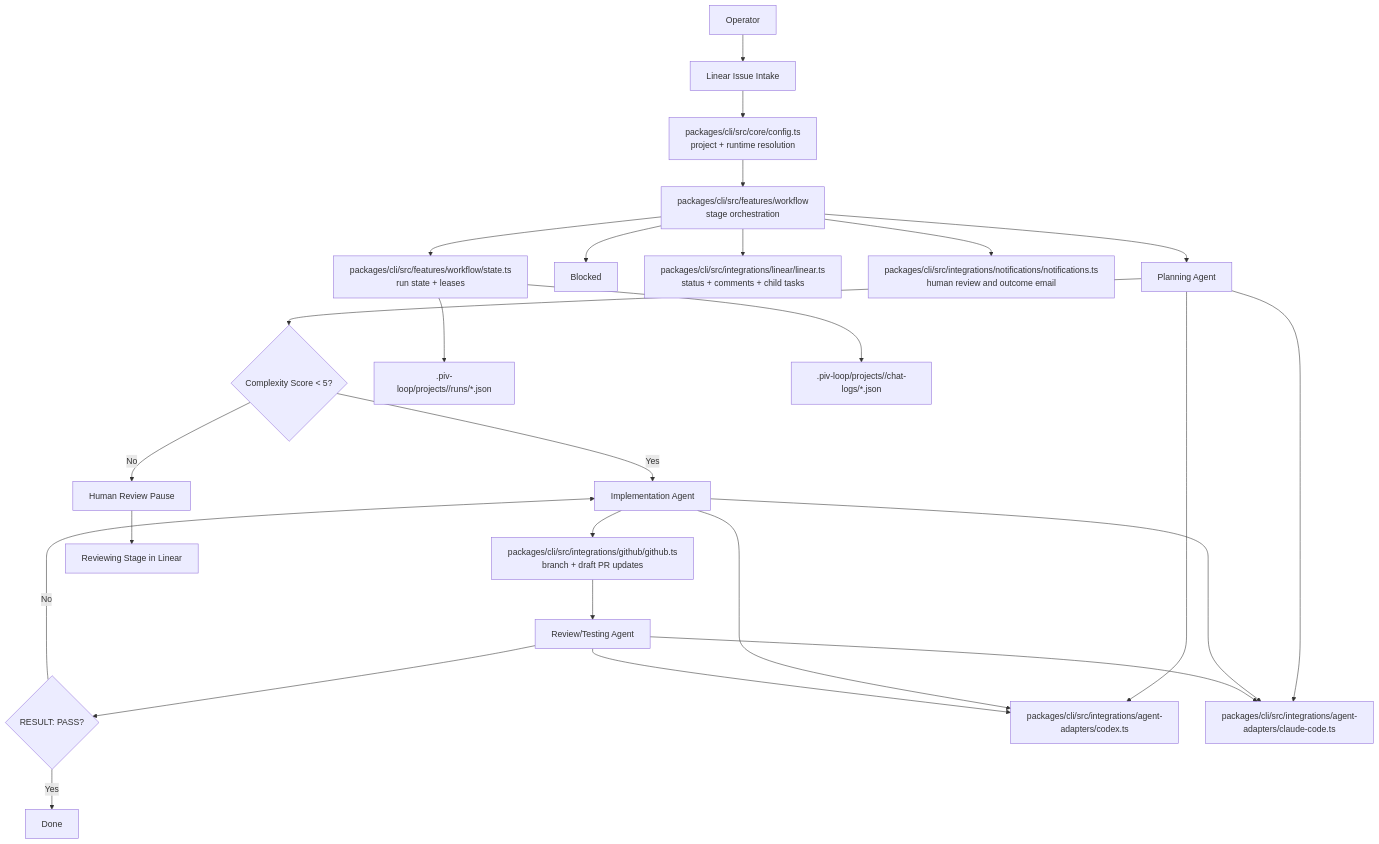
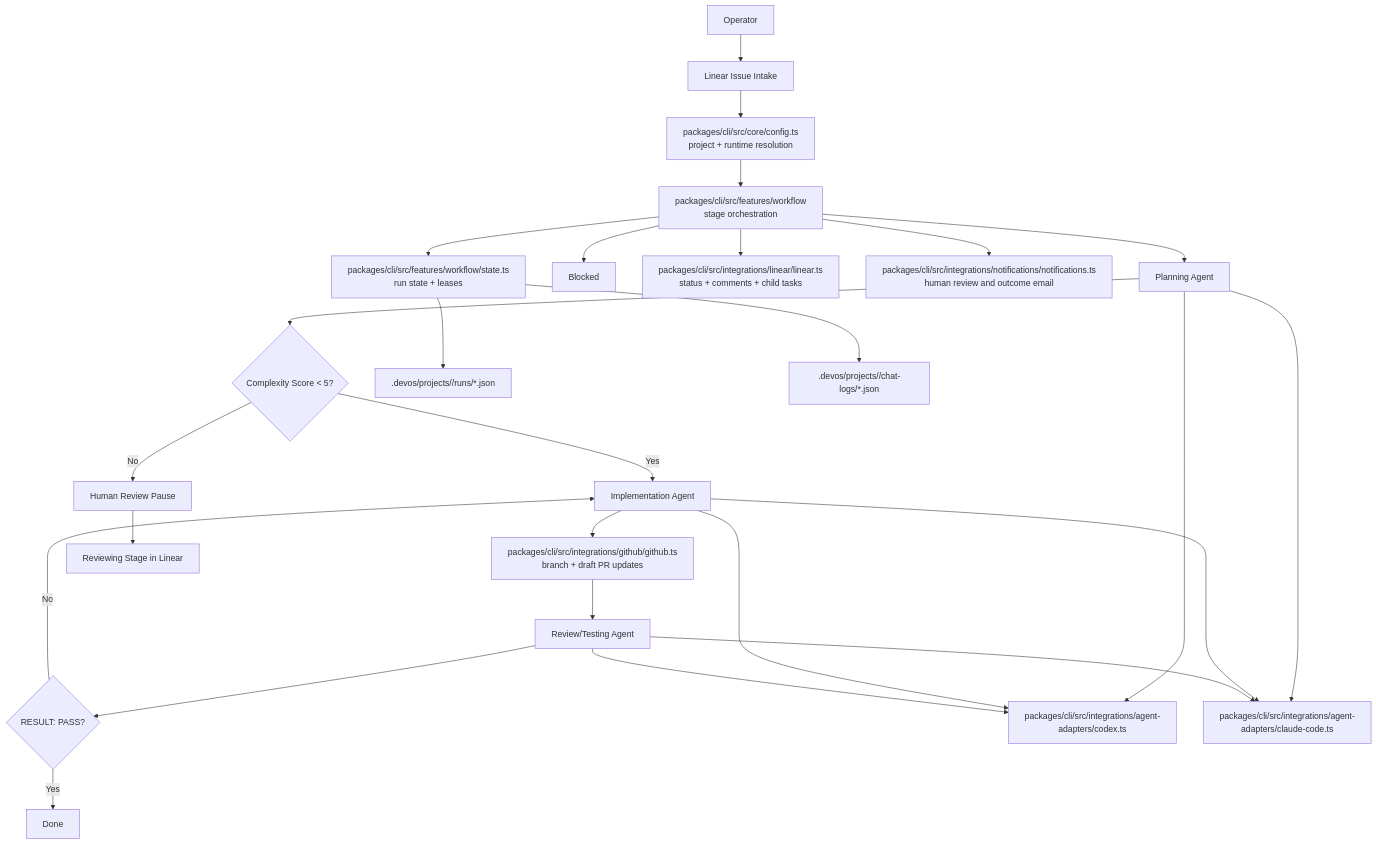
Before and after one commit to 0xroylee/ponytrails: the diagram in ARCHITECTURE.md, drawn with Mermaid. The commit also changed other lines of this file and 32 other files, not shown here.

First line of the commit message:
chore(config): 🔧 Update configuration paths from `.piv-loop` to `.devos`

````diff
--- a/ARCHITECTURE.md
+++ b/ARCHITECTURE.md
@@ -31,36 +31,36 @@
 ```mermaid
 flowchart TD
     operator[Operator] --> linearIssue[Linear Issue Intake]
     linearIssue --> config[packages/cli/src/core/config.ts<br/>project + runtime resolution]
     config --> workflow[packages/cli/src/features/workflow<br/>stage orchestration]
 
     workflow --> planning[Planning Agent]
     planning --> complexity{Complexity Score < 5?}
 
     complexity -->|Yes| implementing[Implementation Agent]
     complexity -->|No| humanReview[Human Review Pause]
 
     implementing --> github[packages/cli/src/integrations/github/github.ts<br/>branch + draft PR updates]
     github --> reviewTesting[Review/Testing Agent]
 
     reviewTesting --> reviewPass{RESULT: PASS?}
     reviewPass -->|No| implementing
     reviewPass -->|Yes| done[Done]
 
     workflow --> blocked[Blocked]
     humanReview --> reviewingStage[Reviewing Stage in Linear]
 
     workflow --> linearSvc[packages/cli/src/integrations/linear/linear.ts<br/>status + comments + child tasks]
     workflow --> notify[packages/cli/src/integrations/notifications/notifications.ts<br/>human review and outcome email]
     workflow --> state[packages/cli/src/features/workflow/state.ts<br/>run state + leases]
 
-    state --> runFiles[.piv-loop/projects/<project-id>/runs/*.json]
-    state --> chatLogs[.piv-loop/projects/<project-id>/chat-logs/*.json]
+    state --> runFiles[.devos/projects/<project-id>/runs/*.json]
+    state --> chatLogs[.devos/projects/<project-id>/chat-logs/*.json]
 
     planning --> codexAdapter[packages/cli/src/integrations/agent-adapters/codex.ts]
     planning --> claudeAdapter[packages/cli/src/integrations/agent-adapters/claude-code.ts]
     implementing --> codexAdapter
     implementing --> claudeAdapter
     reviewTesting --> codexAdapter
     reviewTesting --> claudeAdapter
 ```
````
